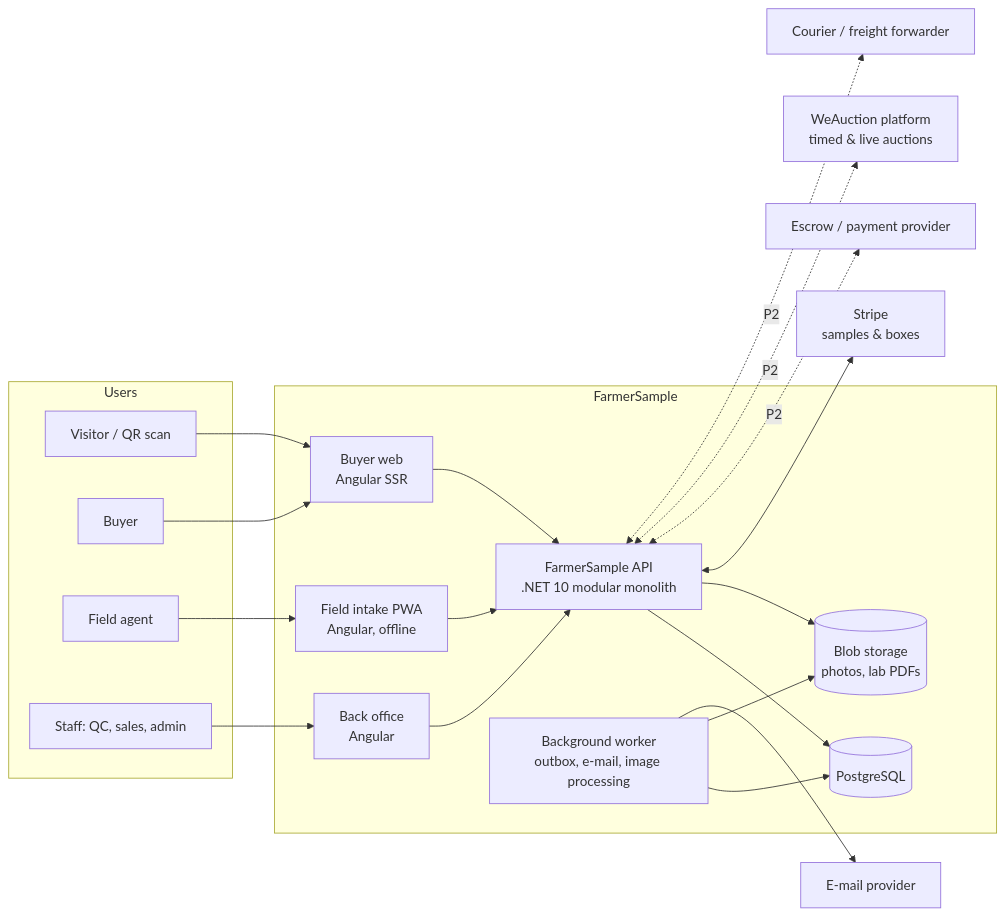
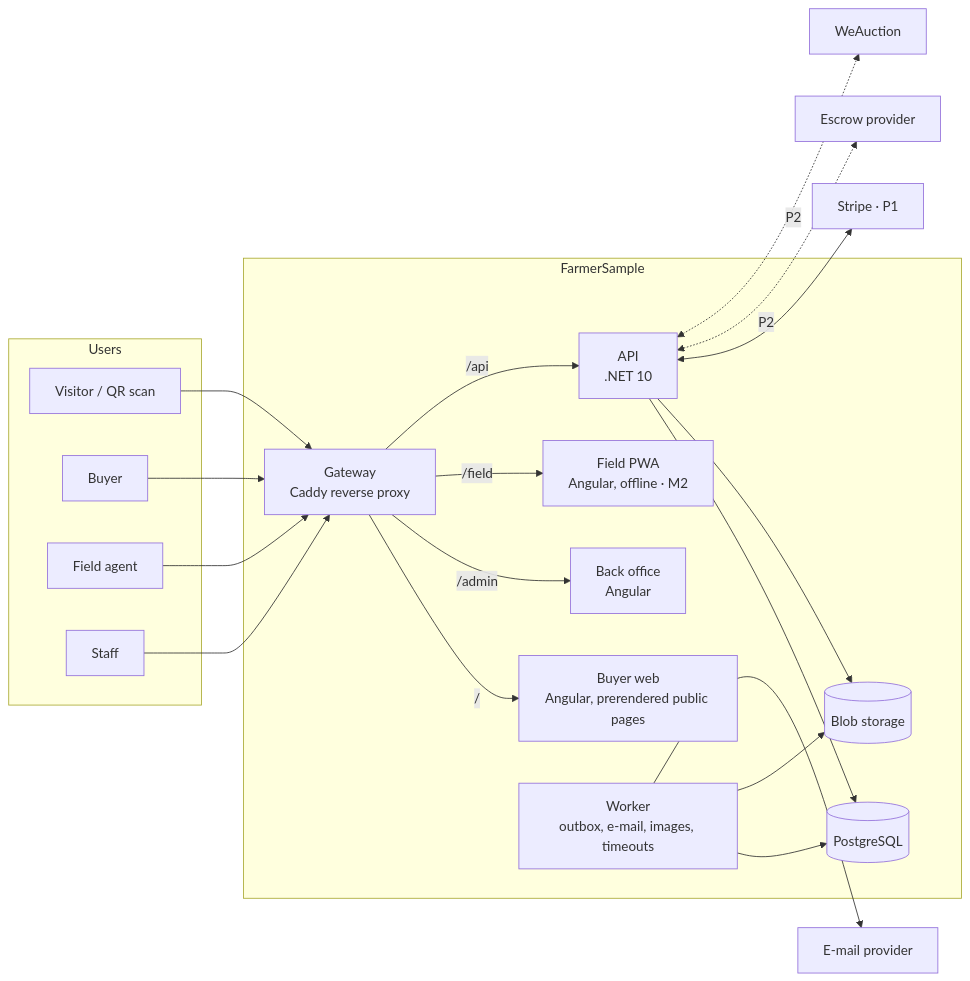
One commit to paulrijk/Farmersample changed the first of 4 diagrams in docs/ARCHITECTURE.md. Above: the diagram before and after it, drawn with Mermaid. The commit also changed other lines of this file, not shown here.

Commit message:
Architecture v0.2 after review round 1

````diff
--- a/docs/ARCHITECTURE.md
+++ b/docs/ARCHITECTURE.md
@@ -66,32 +67,31 @@
 ```mermaid
 flowchart LR
   subgraph Users
     V[Visitor / QR scan]
     B[Buyer]
     F[Field agent]
-    S[Staff: QC, sales, admin]
+    S[Staff]
   end
   subgraph FarmerSample
-    BW[Buyer web<br/>Angular SSR]
+    GW[Gateway<br/>Caddy reverse proxy]
+    BW[Buyer web<br/>Angular, prerendered public pages]
     BO[Back office<br/>Angular]
-    FI[Field intake PWA<br/>Angular, offline]
-    API[FarmerSample API<br/>.NET 10 modular monolith]
+    FI[Field PWA<br/>Angular, offline · M2]
+    API[API<br/>.NET 10]
+    W[Worker<br/>outbox, e-mail, images, timeouts]
     DB[(PostgreSQL)]
-    BL[(Blob storage<br/>photos, lab PDFs)]
-    W[Background worker<br/>outbox, e-mail, image processing]
+    BL[(Blob storage)]
   end
-  V --> BW
-  B --> BW
-  F --> FI
-  S --> BO
-  BW & BO & FI --> API
-  API --> DB
-  API --> BL
-  W --> DB
-  W --> BL
-  API <--> STRIPE[Stripe<br/>samples & boxes]
+  V & B --> GW
+  F & S --> GW
+  GW -->|/| BW
+  GW -->|/admin| BO
+  GW -->|/field| FI
+  GW -->|/api| API
+  API --> DB & BL
+  W --> DB & BL
+  API <--> STRIPE[Stripe · P1]
   W --> MAIL[E-mail provider]
-  API <-.P2.-> ESC[Escrow / payment provider]
-  API <-.P2.-> WA[WeAuction platform<br/>timed & live auctions]
-  API <-.P2.-> COUR[Courier / freight forwarder]
+  API <-.P2.-> ESC[Escrow provider]
+  API <-.P2.-> WA[WeAuction]
 ```
````
